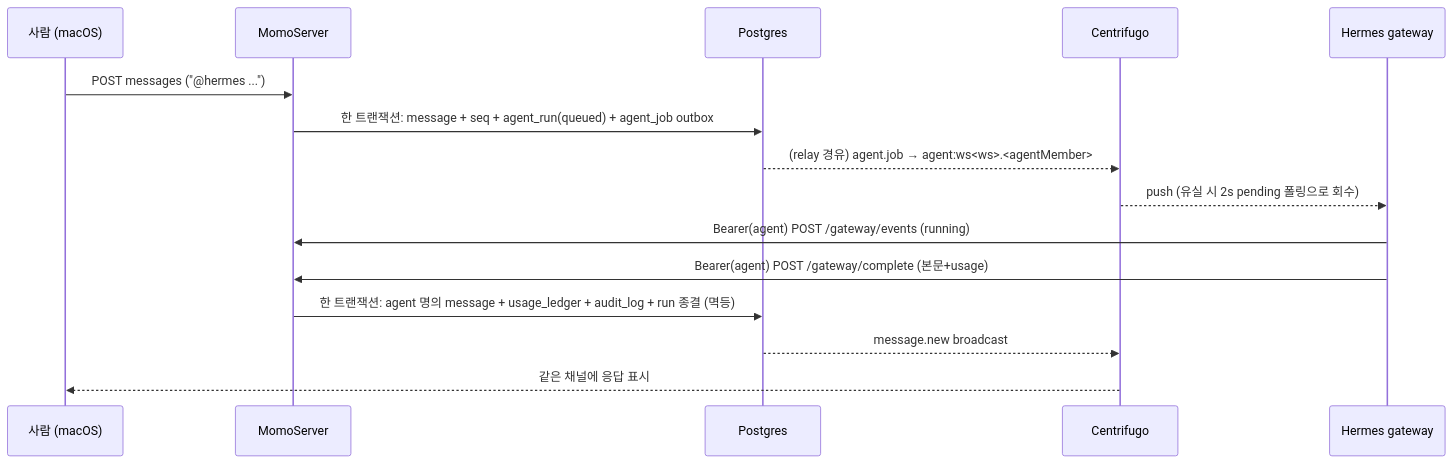
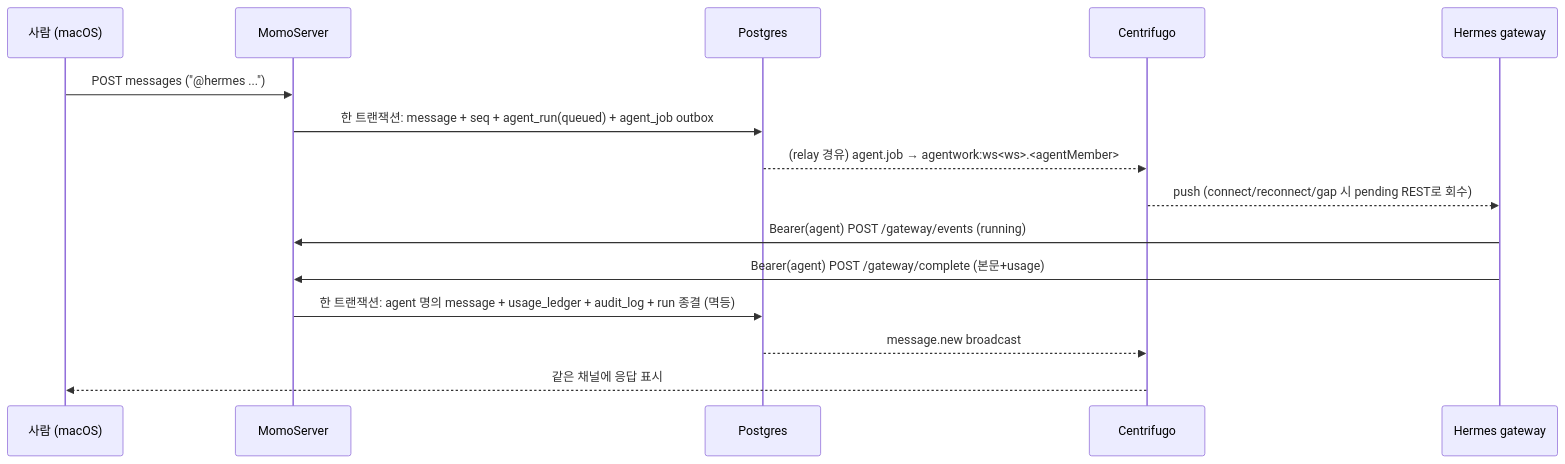
The second of 3 diagrams in docs/architecture/overview.md (yeomyeonggeori/oort), drawn with Mermaid before and after one commit. The commit also changed other lines of this file and 33 other files, not shown here.

````diff
--- a/docs/architecture/overview.md
+++ b/docs/architecture/overview.md
@@ -46,18 +46,18 @@
 ```mermaid
 sequenceDiagram
     participant U as 사람 (macOS)
     participant S as MomoServer
     participant P as Postgres
     participant C as Centrifugo
     participant H as Hermes gateway
 
     U->>S: POST messages ("@hermes ...")
     S->>P: 한 트랜잭션: message + seq + agent_run(queued) + agent_job outbox
-    P-->>C: (relay 경유) agent.job → agent:ws<ws>.<agentMember>
-    C-->>H: push (유실 시 2s pending 폴링으로 회수)
+    P-->>C: (relay 경유) agent.job → agentwork:ws<ws>.<agentMember>
+    C-->>H: push (connect/reconnect/gap 시 pending REST로 회수)
     H->>S: Bearer(agent) POST /gateway/events (running)
     H->>S: Bearer(agent) POST /gateway/complete (본문+usage)
     S->>P: 한 트랜잭션: agent 명의 message + usage_ledger + audit_log + run 종결 (멱등)
     P-->>C: message.new broadcast
     C-->>U: 같은 채널에 응답 표시
 ```
````
